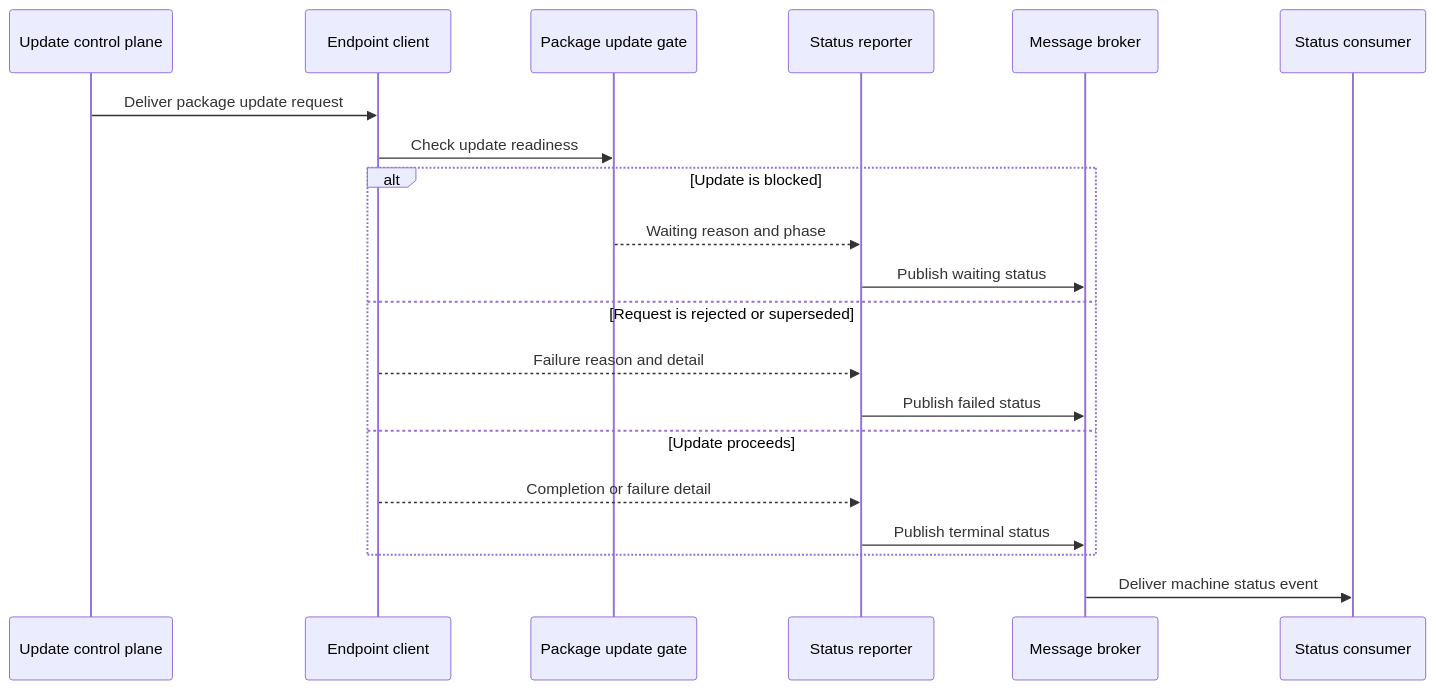
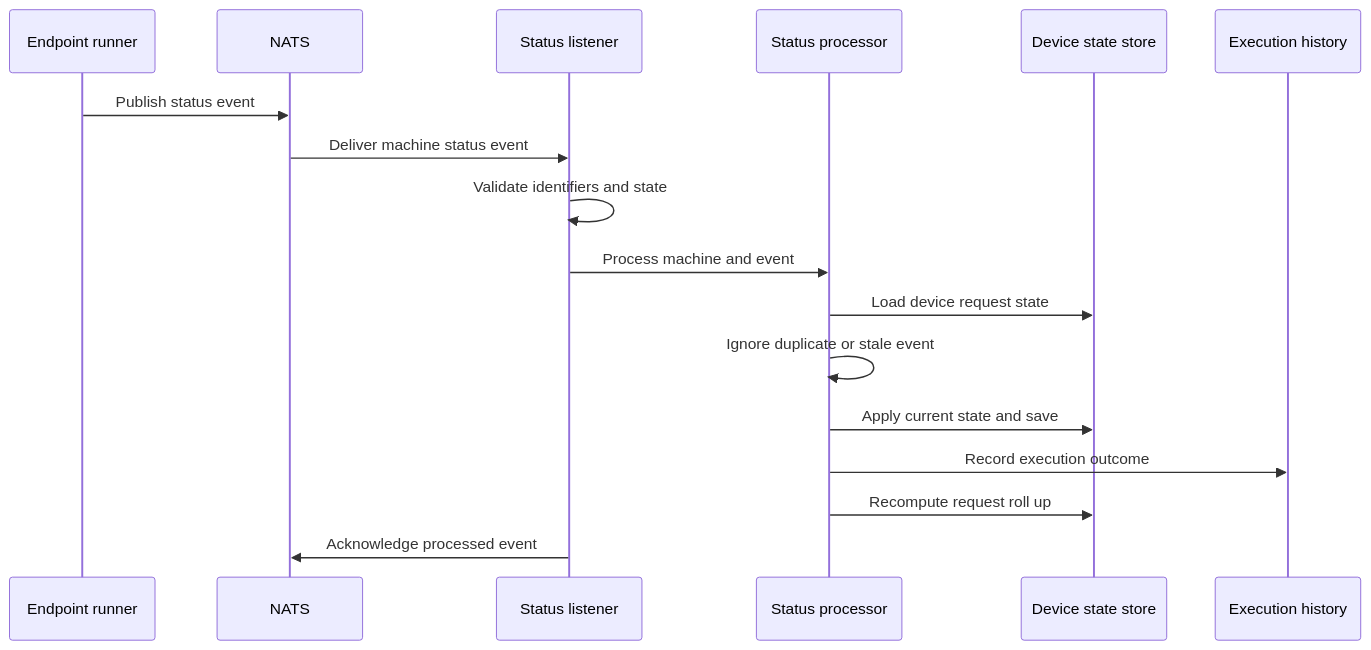
The third of 3 diagrams in docs/reference/architecture/openframe-client-core/model-package-update-status/model-package-update-status.md (flamingo-stack/openframe-oss-tenant), drawn with Mermaid before and after one commit. The commit also changed other lines of this file and 2377 other files, not shown here.

````diff
--- a/docs/reference/architecture/openframe-client-core/model-package-update-status/model-package-update-status.md
+++ b/docs/reference/architecture/openframe-client-core/model-package-update-status/model-package-update-status.md
@@ -133,22 +128,19 @@
 ```mermaid
 sequenceDiagram
-    participant Control as Update control plane
-    participant Client as Endpoint client
-    participant Gate as Package update gate
-    participant Reporter as Status reporter
-    participant Broker as Message broker
-    participant Server as Status consumer
-    Control->>Client: Deliver package update request
-    Client->>Gate: Check update readiness
-    alt Update is blocked
-        Gate-->>Reporter: Waiting reason and phase
-        Reporter->>Broker: Publish waiting status
-    else Request is rejected or superseded
-        Client-->>Reporter: Failure reason and detail
-        Reporter->>Broker: Publish failed status
-    else Update proceeds
-        Client-->>Reporter: Completion or failure detail
-        Reporter->>Broker: Publish terminal status
-    end
-    Broker->>Server: Deliver machine status event
+    participant Runner as Endpoint runner
+    participant Nats as NATS
+    participant Listener as Status listener
+    participant Processor as Status processor
+    participant Store as Device state store
+    participant History as Execution history
+    Runner->>Nats: Publish status event
+    Nats->>Listener: Deliver machine status event
+    Listener->>Listener: Validate identifiers and state
+    Listener->>Processor: Process machine and event
+    Processor->>Store: Load device request state
+    Processor->>Processor: Ignore duplicate or stale event
+    Processor->>Store: Apply current state and save
+    Processor->>History: Record execution outcome
+    Processor->>Store: Recompute request roll up
+    Listener->>Nats: Acknowledge processed event
 ```
````
